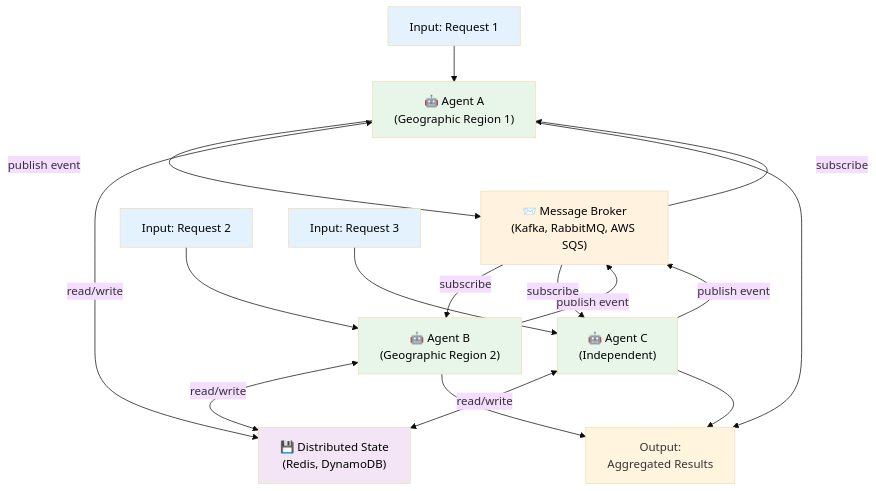
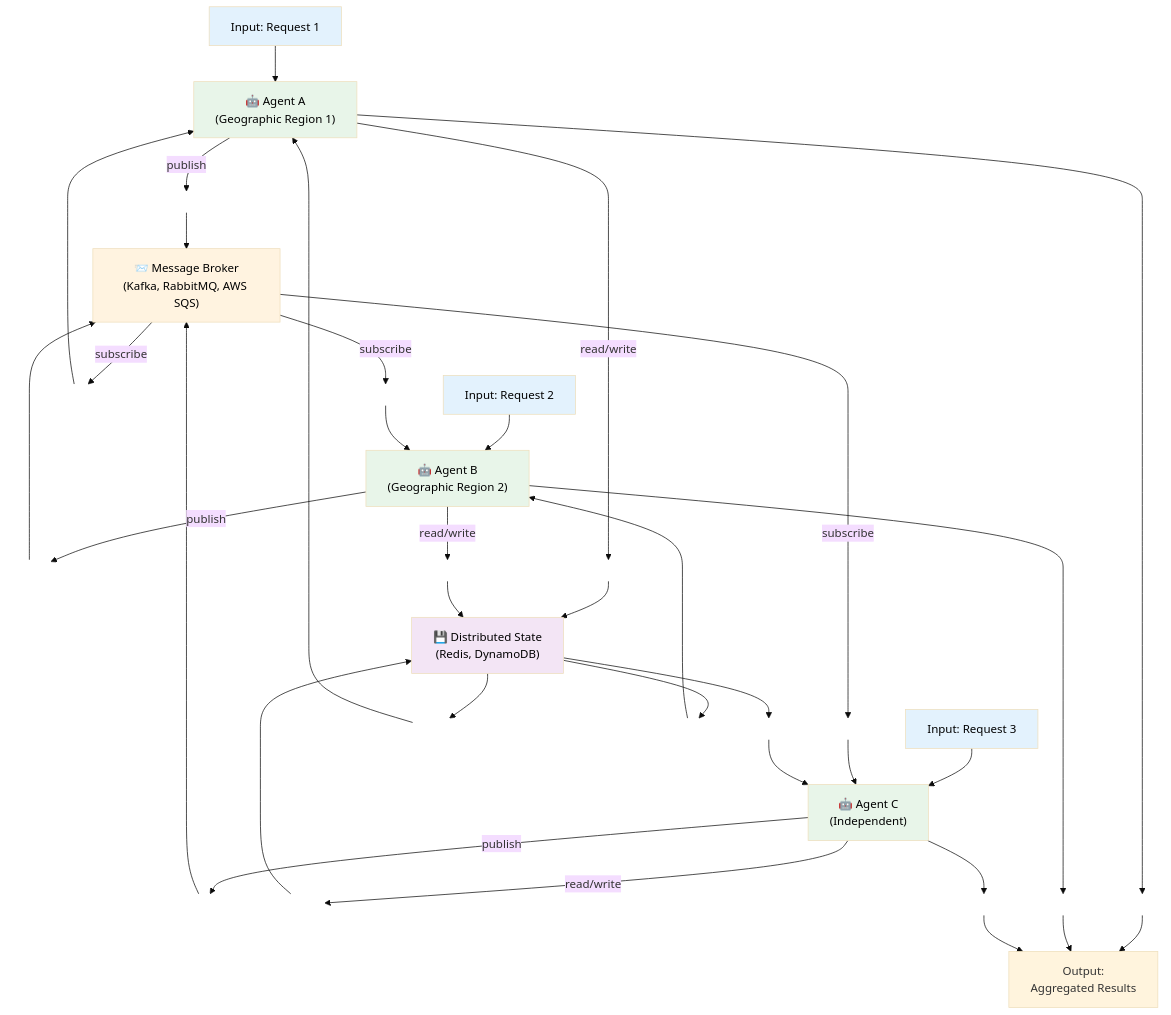
The diagram in docs/09-network-agents.md (falila/ai-agent-engineering-playbook), drawn with Mermaid (base theme) before and after one commit. The commit also changed 6 other files, not shown here.

Commit message:
fix: improve all diagram connectors to eliminate overlaps

```diff
--- a/docs/09-network-agents.md
+++ b/docs/09-network-agents.md
@@ -39,21 +39,61 @@
     Input2 --> Agent2
     Input3 --> Agent3
     
-    Agent1 -->|"publish event"| MessageBroker
-    Agent2 -->|"publish event"| MessageBroker
-    Agent3 -->|"publish event"| MessageBroker
+    Agent1 -->|"publish"| MB1[" "]
+    Agent2 -->|"publish"| MB2[" "]
+    Agent3 -->|"publish"| MB3[" "]
     
-    MessageBroker -->|"subscribe"| Agent1
-    MessageBroker -->|"subscribe"| Agent2
-    MessageBroker -->|"subscribe"| Agent3
+    MB1 --> MessageBroker
+    MB2 --> MessageBroker
+    MB3 --> MessageBroker
     
-    Agent1 <--> |"read/write"| StateStore
-    Agent2 <--> |"read/write"| StateStore
-    Agent3 <--> |"read/write"| StateStore
+    MessageBroker -->|"subscribe"| MS1[" "]
+    MessageBroker -->|"subscribe"| MS2[" "]
+    MessageBroker -->|"subscribe"| MS3[" "]
     
-    Agent1 --> Output
-    Agent2 --> Output
-    Agent3 --> Output
+    MS1 --> Agent1
+    MS2 --> Agent2
+    MS3 --> Agent3
+    
+    Agent1 -->|"read/write"| SS1[" "]
+    Agent2 -->|"read/write"| SS2[" "]
+    Agent3 -->|"read/write"| SS3[" "]
+    
+    SS1 --> StateStore
+    SS2 --> StateStore
+    SS3 --> StateStore
+    
+    StateStore --> SSR1[" "]
+    StateStore --> SSR2[" "]
+    StateStore --> SSR3[" "]
+    
+    SSR1 --> Agent1
+    SSR2 --> Agent2
+    SSR3 --> Agent3
+    
+    Agent1 --> O1[" "]
+    Agent2 --> O2[" "]
+    Agent3 --> O3[" "]
+    
+    O1 --> Output
+    O2 --> Output
+    O3 --> Output
+    
+    style MB1 fill:none,stroke:none
+    style MB2 fill:none,stroke:none
+    style MB3 fill:none,stroke:none
+    style MS1 fill:none,stroke:none
+    style MS2 fill:none,stroke:none
+    style MS3 fill:none,stroke:none
+    style SS1 fill:none,stroke:none
+    style SS2 fill:none,stroke:none
+    style SS3 fill:none,stroke:none
+    style SSR1 fill:none,stroke:none
+    style SSR2 fill:none,stroke:none
+    style SSR3 fill:none,stroke:none
+    style O1 fill:none,stroke:none
+    style O2 fill:none,stroke:none
+    style O3 fill:none,stroke:none
     
     style Agent1 fill:#e8f5e9,color:#000000
     style Agent2 fill:#e8f5e9,color:#000000
```
